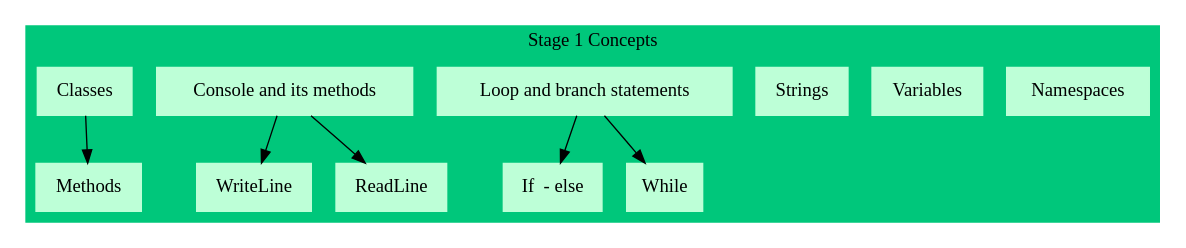
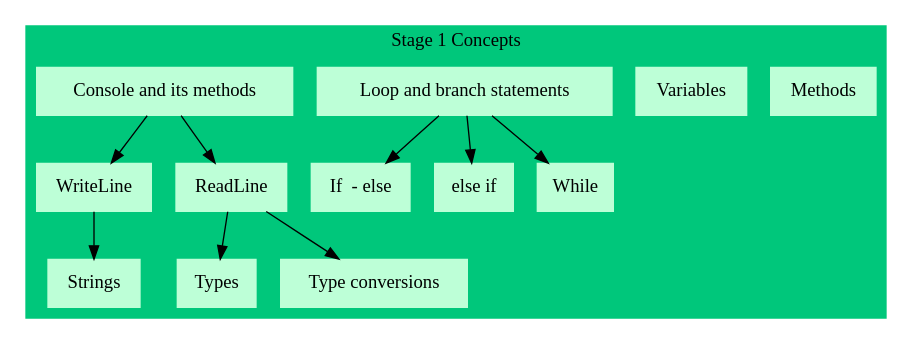
The diagram in modules/CoffeeMachine/Stage 1/ConceptsMapStage1.dot (WildGums/TrainingProgram), drawn with Graphviz before and after one commit. The commit also changed 8 other files, not shown here.

```diff
--- a/modules/CoffeeMachine/Stage 1/ConceptsMapStage1.dot
+++ b/modules/CoffeeMachine/Stage 1/ConceptsMapStage1.dot
@@ -1,25 +1,28 @@
 
 digraph ConceptsMap {
 
 	subgraph cluster_0 {
 		style=filled;
 		color="#00c77b";
         
-		node [style = filled color = "#bdffd7" shape = box] Namespaces;
-        node [] Variables;
-		node [] Strings;
+		node [style = filled color = "#bdffd7" shape = box];
+        node [] Methods;
+		node [] Variables;
+		node [] Types;
         node [] "Loop and branch statements";
 		node [] "Console and its methods";
-        node [] Classes;
-
-        Classes -> Methods;
+        
 		"Console and its methods" -> "WriteLine";
 		"Console and its methods" -> "ReadLine";
+		"WriteLine" -> "Strings"
+		"ReadLine" -> "Types"
+		"ReadLine" -> "Type conversions"
 
 		"Loop and branch statements" -> "If  - else"
+		"Loop and branch statements" -> "else if"
 		"Loop and branch statements" -> "While";
 		
 		label = "Stage 1 Concepts";
 	}
 
 }
```
